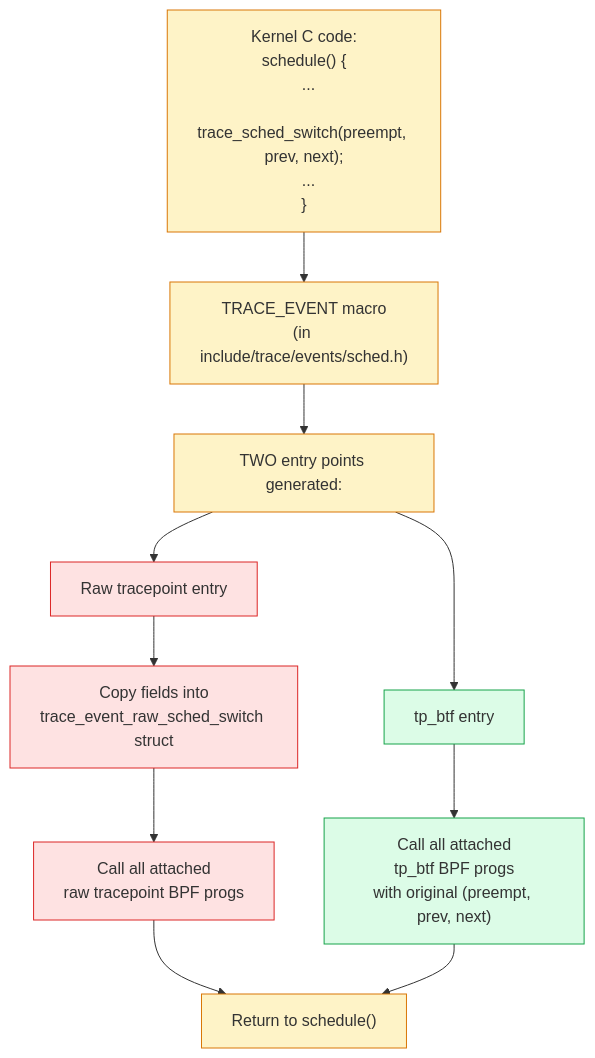
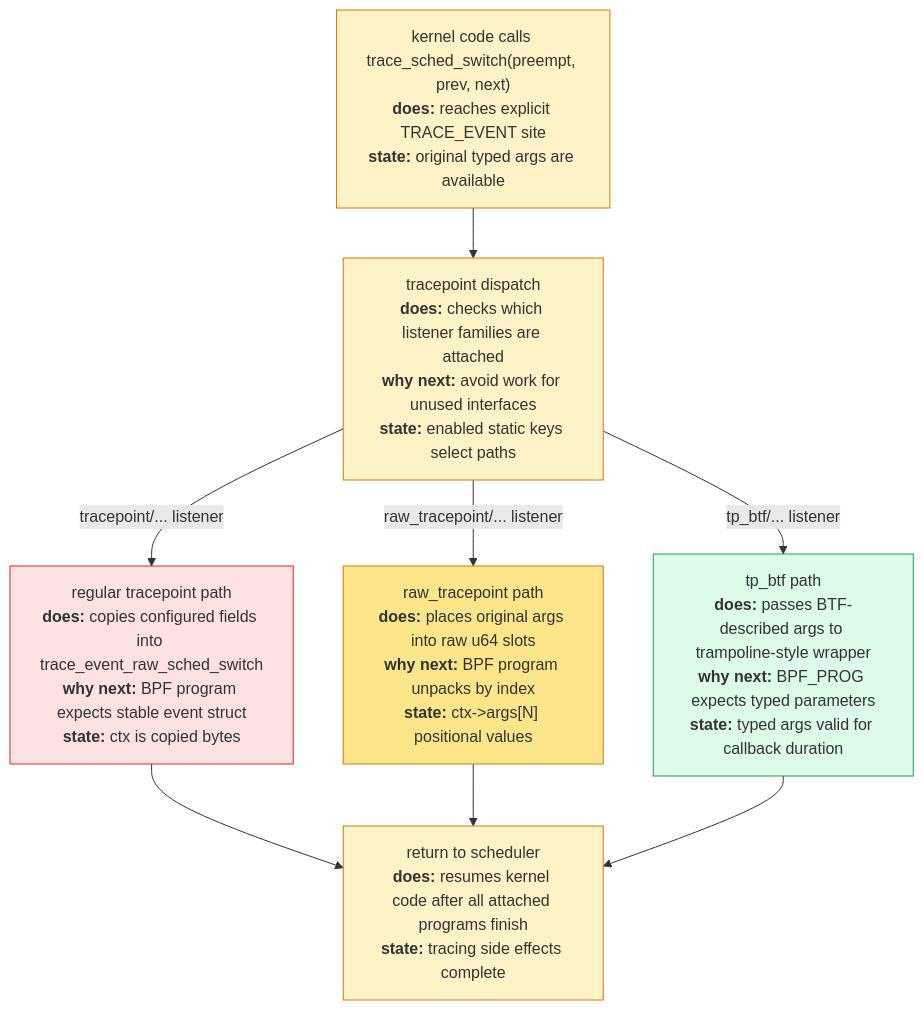
The diagram in ebpf/src/diagrams/src/day08_dispatch.mmd (biefy/books), drawn with Mermaid before and after one commit. The commit also changed 92 other files, not shown here.

First line of the commit message:
Fix book accuracy and explanatory diagrams

```diff
--- a/ebpf/src/diagrams/src/day08_dispatch.mmd
+++ b/ebpf/src/diagrams/src/day08_dispatch.mmd
@@ -1,29 +1,21 @@
 flowchart TD
-    K1["Kernel C code:<br/>schedule() {<br/>  ...<br/>  trace_sched_switch(preempt, prev, next);<br/>  ...<br/>}"]
-    Macro["TRACE_EVENT macro<br/>(in include/trace/events/sched.h)"]
-    Two["TWO entry points generated:"]
+    Call["kernel code calls trace_sched_switch(preempt, prev, next)<br/><b>does:</b> reaches explicit TRACE_EVENT site<br/><b>state:</b> original typed args are available"]
+    Gate["tracepoint dispatch<br/><b>does:</b> checks which listener families are attached<br/><b>why next:</b> avoid work for unused interfaces<br/><b>state:</b> enabled static keys select paths"]
+    Copy["regular tracepoint path<br/><b>does:</b> copies configured fields into trace_event_raw_sched_switch<br/><b>why next:</b> BPF program expects stable event struct<br/><b>state:</b> ctx is copied bytes"]
+    Raw["raw_tracepoint path<br/><b>does:</b> places original args into raw u64 slots<br/><b>why next:</b> BPF program unpacks by index<br/><b>state:</b> ctx->args[N] positional values"]
+    BTF["tp_btf path<br/><b>does:</b> passes BTF-described args to trampoline-style wrapper<br/><b>why next:</b> BPF_PROG expects typed parameters<br/><b>state:</b> typed args valid for callback duration"]
+    Return["return to scheduler<br/><b>does:</b> resumes kernel code after all attached programs finish<br/><b>state:</b> tracing side effects complete"]
 
-    PathRaw["Raw tracepoint entry"]
-    PathBTF["tp_btf entry"]
-
-    RawCopy["Copy fields into<br/>trace_event_raw_sched_switch struct"]
-    RawCall["Call all attached<br/>raw tracepoint BPF progs"]
-
-    BTFCall["Call all attached<br/>tp_btf BPF progs<br/>with original (preempt, prev, next)"]
-
-    Cont["Return to schedule()"]
-
-    K1 --> Macro
-    Macro --> Two
-    Two --> PathRaw
-    Two --> PathBTF
-
-    PathRaw --> RawCopy --> RawCall --> Cont
-    PathBTF --> BTFCall --> Cont
+    Call --> Gate
+    Gate -->|tracepoint/... listener| Copy --> Return
+    Gate -->|raw_tracepoint/... listener| Raw --> Return
+    Gate -->|tp_btf/... listener| BTF --> Return
 
     classDef kern fill:#fef3c7,stroke:#d97706
-    classDef raw fill:#fee2e2,stroke:#dc2626
+    classDef regular fill:#fee2e2,stroke:#dc2626
+    classDef raw fill:#fde68a,stroke:#d97706
     classDef btf fill:#dcfce7,stroke:#16a34a
-    class K1,Macro,Two,Cont kern
-    class PathRaw,RawCopy,RawCall raw
-    class PathBTF,BTFCall btf
+    class Call,Gate,Return kern
+    class Copy regular
+    class Raw raw
+    class BTF btf
```
